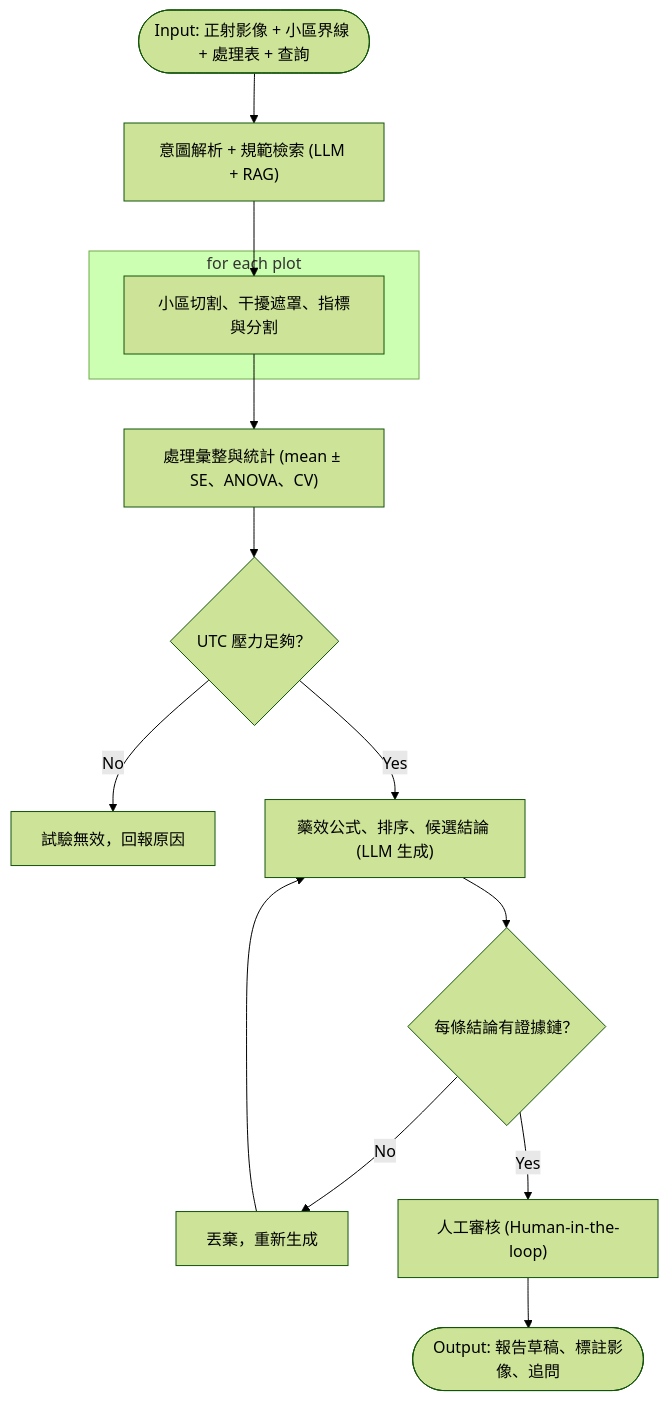
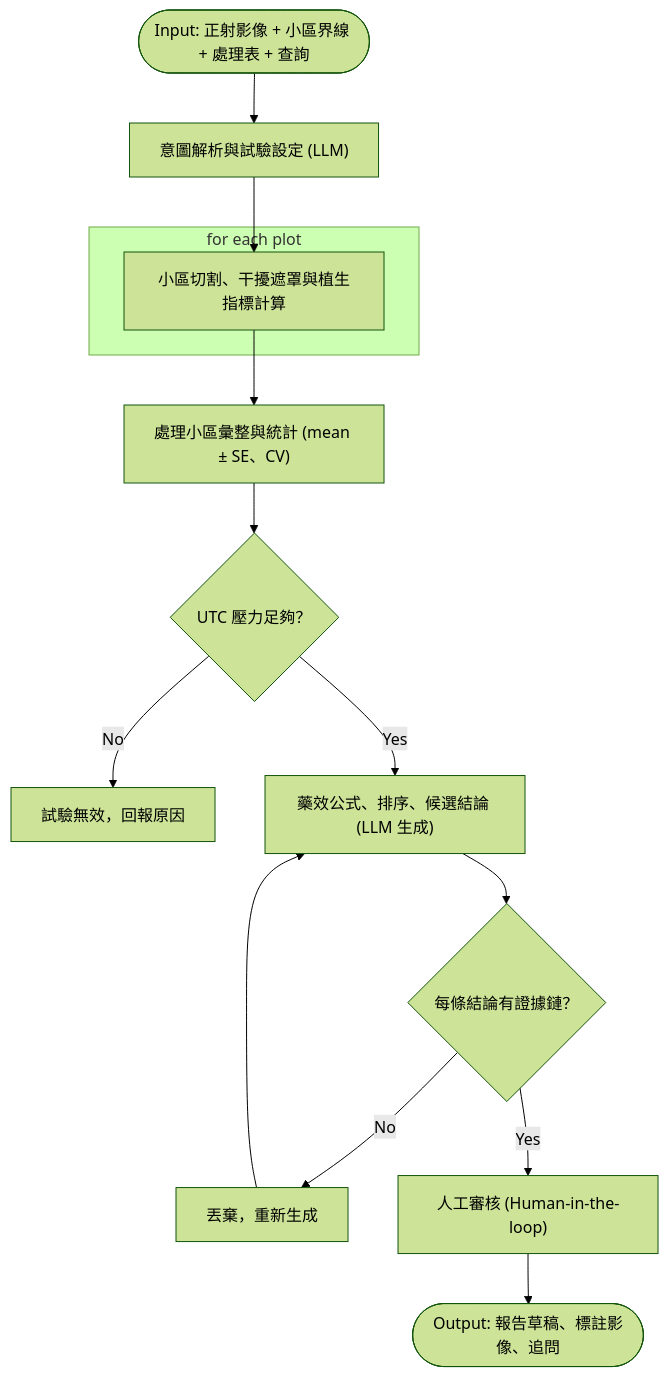
One commit to ChengLiangHsu/AI-InfoSec-Fianl-Project changed the third of 3 diagrams in docs/05_proposed_scheme.md. Above: the diagram before and after it, drawn with Mermaid (forest theme). The commit also changed other lines of this file and 11 other files, not shown here.

````diff
--- a/docs/05_proposed_scheme.md
+++ b/docs/05_proposed_scheme.md
@@ -83,23 +83,23 @@
 ```mermaid
 flowchart TD
-    Start(["Input: 正射影像 + 小區界線 + 處理表 + 查詢"]) --> Parse["意圖解析 + 規範檢索 (LLM + RAG)"]
+    Start(["Input: 正射影像 + 小區界線 + 處理表 + 查詢"]) --> Parse["意圖解析與試驗設定 (LLM)"]
     
     subgraph PlotLoop ["for each plot"]
-        ProcPlot["小區切割、干擾遮罩、指標與分割"]
+        ProcPlot["小區切割、干擾遮罩與植生指標計算"]
     end
     
     Parse --> ProcPlot
-    ProcPlot --> Stat["處理彙整與統計 (mean ± SE、ANOVA、CV)"]
+    ProcPlot --> Stat["處理小區彙整與統計 (mean ± SE、CV)"]
     
     Stat --> CondUTC{"UTC 壓力足夠？"}
     CondUTC -- No --> Invalid["試驗無效，回報原因"]
     
     CondUTC -- Yes --> GenCand["藥效公式、排序、候選結論 (LLM 生成)"]
     GenCand --> CondEvidence{"每條結論有證據鏈？"}
     
     CondEvidence -- No --> Drop["丟棄，重新生成"]
     Drop --> GenCand
     
     CondEvidence -- Yes --> Human["人工審核 (Human-in-the-loop)"]
     Human --> FinalOut(["Output: 報告草稿、標註影像、追問"])
 ```
````
